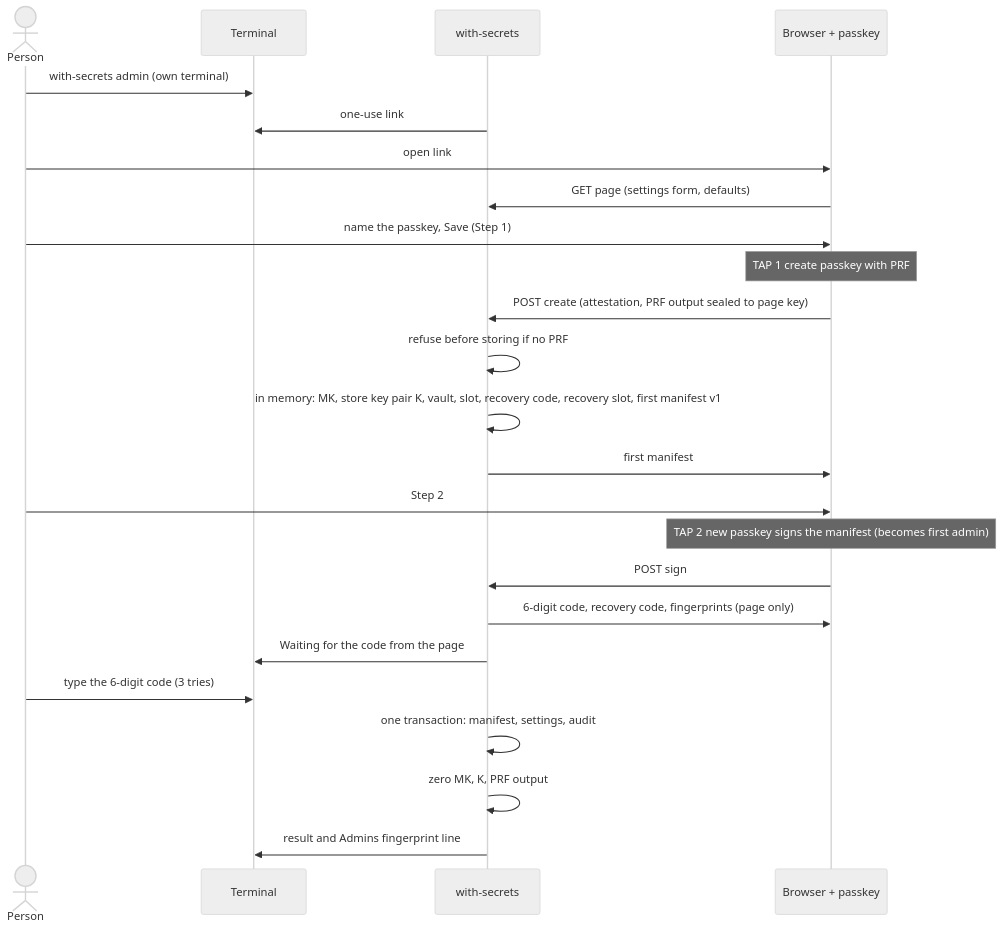
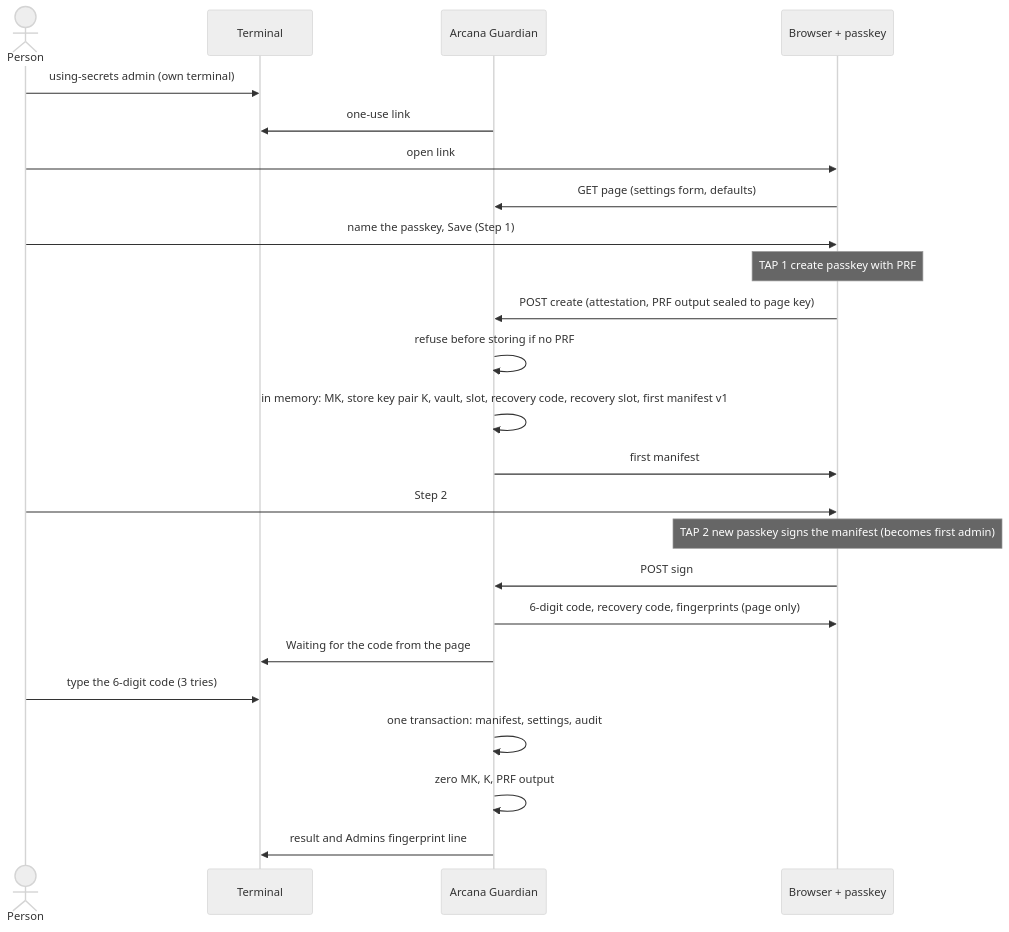
Before and after one commit to CodePenguin/with-secrets: the third of 8 diagrams in docs/architecture.md, drawn with Mermaid (neutral theme). The commit also changed other lines of this file and 709 other files, not shown here.

Commit message:
Rename project to Arcana Guardian (#18)

````diff
--- a/docs/architecture.md
+++ b/docs/architecture.md
@@ -174,26 +174,26 @@
 ```mermaid
 sequenceDiagram
     actor P as Person
     participant T as Terminal
-    participant C as with-secrets
+    participant C as Arcana Guardian
     participant B as Browser + passkey
-    P->>T: with-secrets admin (own terminal)
+    P->>T: using-secrets admin (own terminal)
     C->>T: one-use link
     P->>B: open link
     B->>C: GET page (settings form, defaults)
     P->>B: name the passkey, Save (Step 1)
     Note over B: TAP 1 create passkey with PRF
     B->>C: POST create (attestation, PRF output sealed to page key)
     C->>C: refuse before storing if no PRF
     C->>C: in memory: MK, store key pair K, vault, slot, recovery code, recovery slot, first manifest v1
     C->>B: first manifest
     P->>B: Step 2
     Note over B: TAP 2 new passkey signs the manifest (becomes first admin)
     B->>C: POST sign
     C->>B: 6-digit code, recovery code, fingerprints (page only)
     C->>T: Waiting for the code from the page
     P->>T: type the 6-digit code (3 tries)
     C->>C: one transaction: manifest, settings, audit
     C->>C: zero MK, K, PRF output
     C->>T: result and Admins fingerprint line
 ```
````
